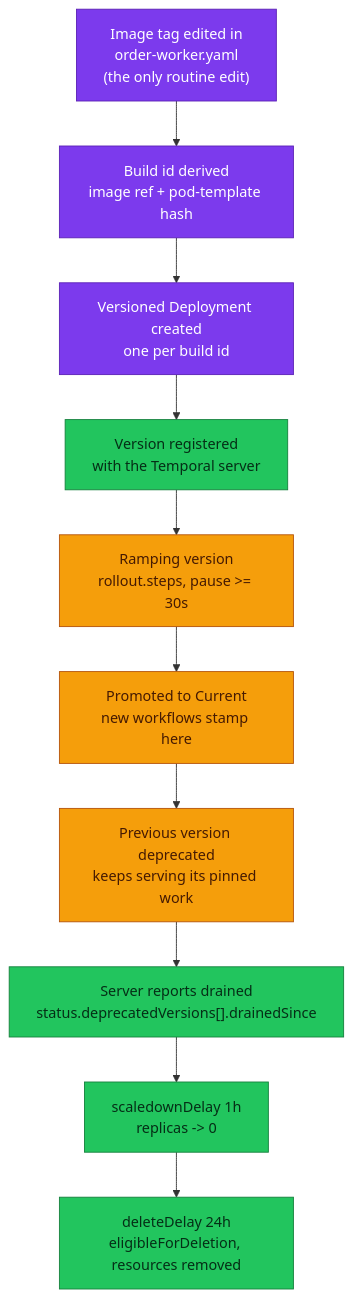
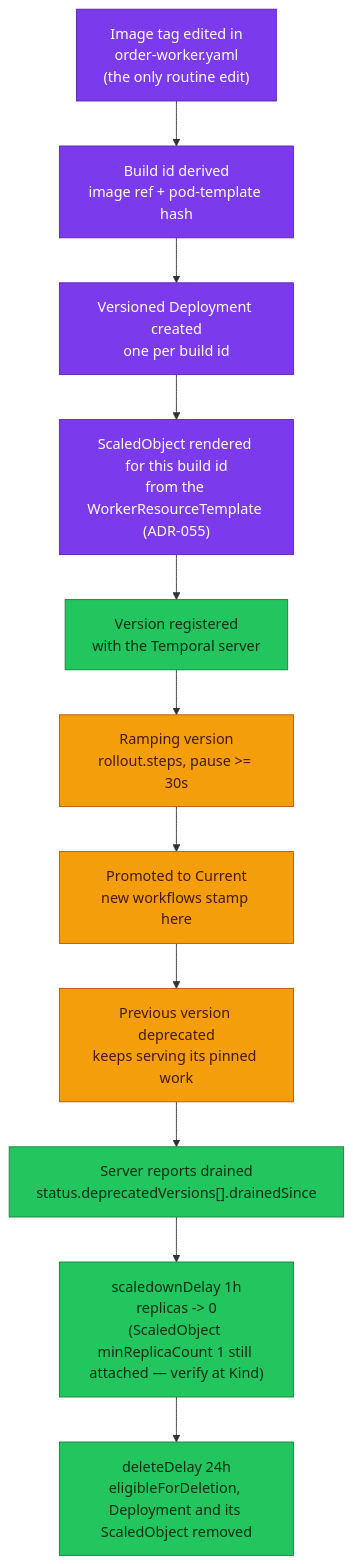
Diagram 20 of 20 in docs/api/temporal.md (duynhlab/homelab), drawn with Mermaid before and after one commit. The commit also changed other lines of this file and 31 other files, not shown here.

````diff
--- a/docs/api/temporal.md
+++ b/docs/api/temporal.md
@@ -1138,19 +1160,20 @@
 ```mermaid
 flowchart TD
   tag["Image tag edited in<br/>order-worker.yaml<br/>(the only routine edit)"] --> bid["Build id derived<br/>image ref + pod-template hash"]
   bid --> dep["Versioned Deployment created<br/>one per build id"]
-  dep --> reg["Version registered<br/>with the Temporal server"]
+  dep --> so["ScaledObject rendered for this build id<br/>from the WorkerResourceTemplate (ADR-055)"]
+  so --> reg["Version registered<br/>with the Temporal server"]
   reg --> ramp["Ramping version<br/>rollout.steps, pause >= 30s"]
   ramp --> cur["Promoted to Current<br/>new workflows stamp here"]
   cur --> dpr["Previous version deprecated<br/>keeps serving its pinned work"]
   dpr --> drn["Server reports drained<br/>status.deprecatedVersions[].drainedSince"]
-  drn --> sd["scaledownDelay 1h<br/>replicas -> 0"]
-  sd --> del["deleteDelay 24h<br/>eligibleForDeletion, resources removed"]
+  drn --> sd["scaledownDelay 1h<br/>replicas -> 0<br/>(ScaledObject minReplicaCount 1 still attached — verify at Kind)"]
+  sd --> del["deleteDelay 24h<br/>eligibleForDeletion, Deployment and its ScaledObject removed"]
 
   classDef platform fill:#7c3aed,color:#fff,stroke:#5b21b6;
   classDef worker fill:#f59e0b,color:#451a03,stroke:#b45309;
   classDef data fill:#22c55e,color:#052e16,stroke:#15803d;
-  class tag,bid,dep platform
+  class tag,bid,dep,so platform
   class ramp,cur,dpr worker
   class reg,drn,sd,del data
 ```
````
